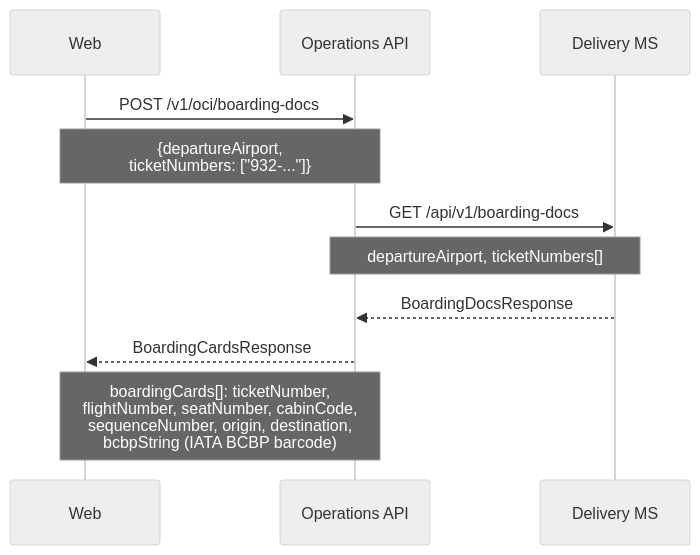
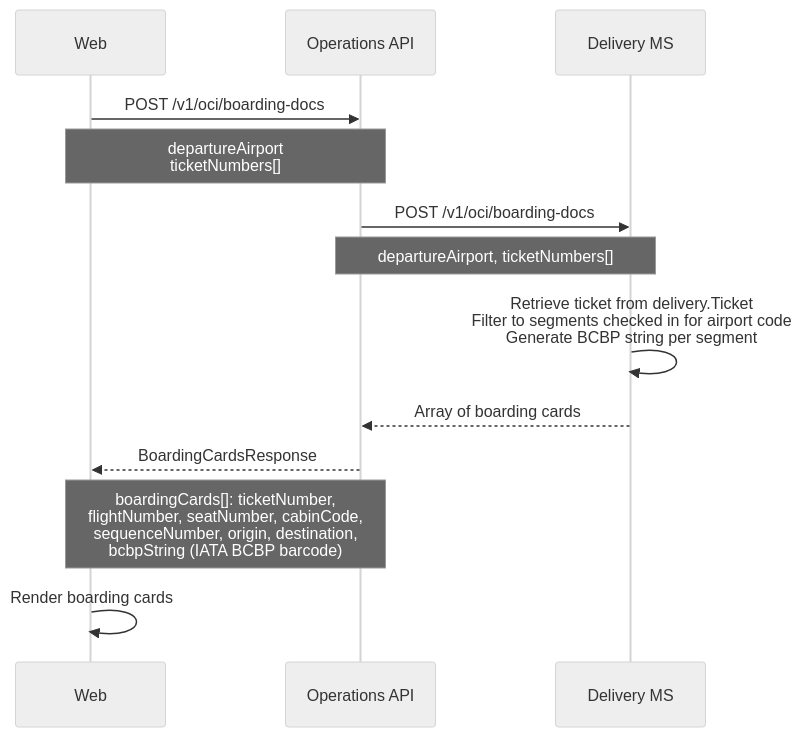
The eighth of 8 diagrams in documentation/sequences/check-in.md (sebharvey/airline-reservation-system), drawn with Mermaid (neutral theme) before and after one commit. The commit also changed other lines of this file, not shown here.

First line of the commit message:
Update OLCI sequence diagrams with Timatic integration and accurate flows

````diff
--- a/documentation/sequences/check-in.md
+++ b/documentation/sequences/check-in.md
@@ -158,16 +194,19 @@
 ```mermaid
 sequenceDiagram
     participant Web
     participant OpsAPI as Operations API
     participant DeliveryMS as Delivery MS
 
     Web->>OpsAPI: POST /v1/oci/boarding-docs
-    Note over Web,OpsAPI: {departureAirport,<br/>ticketNumbers: ["932-..."]}
+    Note over Web,OpsAPI: departureAirport<br/>ticketNumbers[]
 
-    OpsAPI->>DeliveryMS: GET /api/v1/boarding-docs
+    OpsAPI->>DeliveryMS: POST /v1/oci/boarding-docs
     Note over OpsAPI,DeliveryMS: departureAirport, ticketNumbers[]
-    DeliveryMS-->>OpsAPI: BoardingDocsResponse
+    DeliveryMS->>DeliveryMS: Retrieve ticket from delivery.Ticket<br/>Filter to segments checked in for airport code<br/>Generate BCBP string per segment
+    DeliveryMS-->>OpsAPI: Array of boarding cards
 
     OpsAPI-->>Web: BoardingCardsResponse
     Note over OpsAPI,Web: boardingCards[]: ticketNumber,<br/>flightNumber, seatNumber, cabinCode,<br/>sequenceNumber, origin, destination,<br/>bcbpString (IATA BCBP barcode)
+
+    Web->>Web: Render boarding cards
 ```
````
